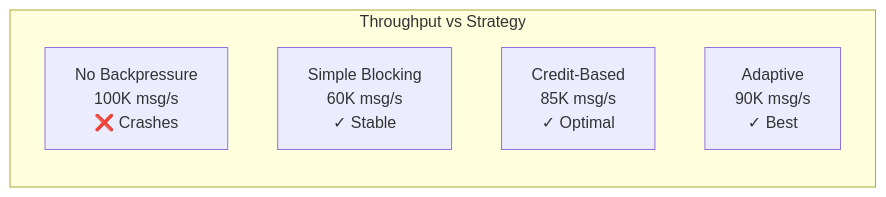
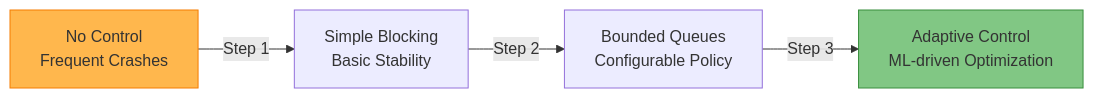
One commit to deepaucksharma/DStudio changed the fifth of 6 diagrams in docs/pattern-library/scaling/backpressure.md. Above: the diagram before and after it, drawn with Mermaid. The commit also changed other lines of this file and 23 other files, not shown here.

````diff
--- a/docs/pattern-library/scaling/backpressure.md
+++ b/docs/pattern-library/scaling/backpressure.md
@@ -480,9 +308,9 @@
 ```mermaid
 graph LR
-    subgraph "Throughput vs Strategy"
-        A[No Backpressure<br/>100K msg/s<br/>❌ Crashes] 
-        B[Simple Blocking<br/>60K msg/s<br/>✓ Stable]
-        C[Credit-Based<br/>85K msg/s<br/>✓ Optimal]
-        D[Adaptive<br/>90K msg/s<br/>✓ Best]
-    end
+    A[No Control<br/>Frequent Crashes] -->|Step 1| B[Simple Blocking<br/>Basic Stability]
+    B -->|Step 2| C[Bounded Queues<br/>Configurable Policy]
+    C -->|Step 3| D[Adaptive Control<br/>ML-driven Optimization]
+    
+    style A fill:#ffb74d,stroke:#f57c00
+    style D fill:#81c784,stroke:#388e3c
 ```
````
